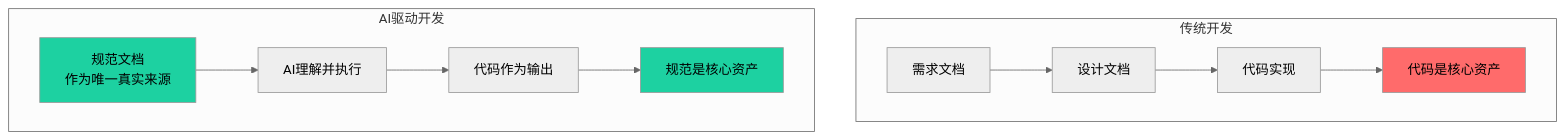
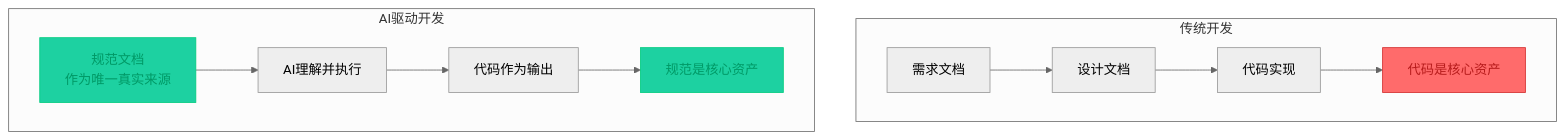
Before and after one commit to FreezeSoul/freezesoul.github.com: the fourth of 10 diagrams in _posts/2025-08-01-ai-coding-paradigms.md, drawn with Mermaid (neutral theme). The commit also changed other lines of this file and 9 other files, not shown here.

Commit message:
修正mermaid配色与要求

````diff
--- a/_posts/2025-08-01-ai-coding-paradigms.md
+++ b/_posts/2025-08-01-ai-coding-paradigms.md
@@ -236,18 +236,18 @@
 ```mermaid
 graph TD
     subgraph 传统开发
         A1[需求文档] --> A2[设计文档]
         A2 --> A3[代码实现]
         A3 --> A4[代码是核心资产]
     end
 
     subgraph AI驱动开发
         B1[规范文档<br/>作为唯一真实来源] --> B2[AI理解并执行]
         B2 --> B3[代码作为输出]
         B3 --> B4[规范是核心资产]
     end
 
-    style A4 fill:#ff6b6b
-    style B1 fill:#1dd1a1
-    style B4 fill:#1dd1a1
+    style A4 fill:#ff6b6b,stroke:#d32f2f,color:#b71c1c
+    style B1 fill:#1dd1a1,stroke:#00cc7f,color:#009966
+    style B4 fill:#1dd1a1,stroke:#00cc7f,color:#009966
 ```
````
